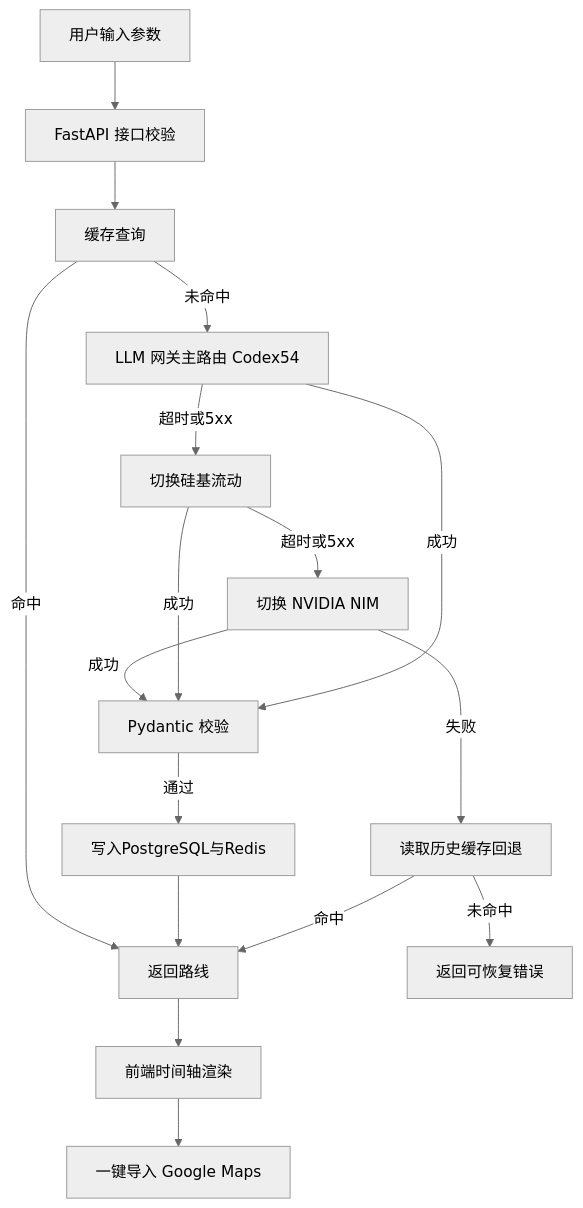
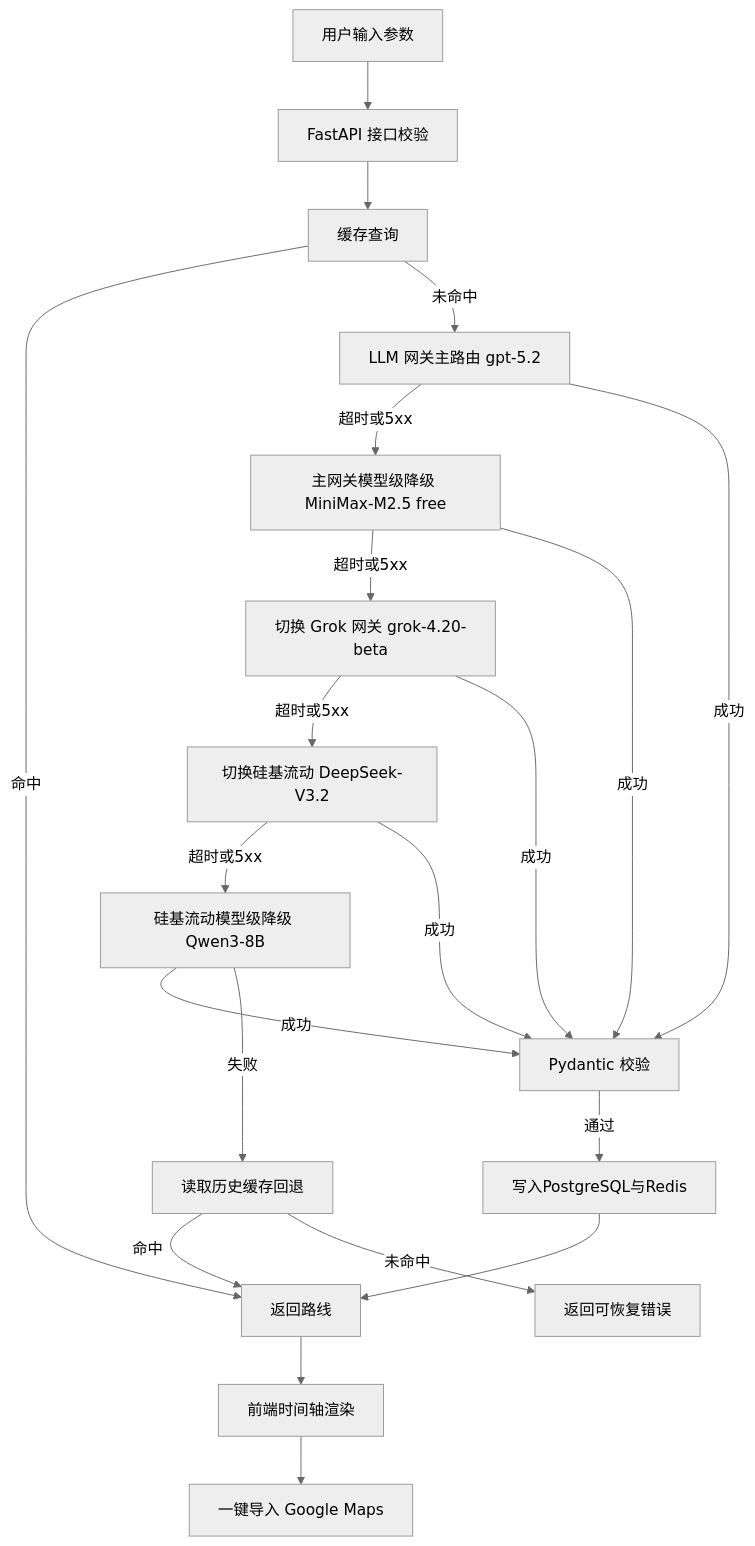
Before and after one commit to codingstu/hacktravel: the diagram in plans/implementation-blueprint.md, drawn with Mermaid (neutral theme). The commit also changed other lines of this file and 9 other files, not shown here.

````diff
--- a/plans/implementation-blueprint.md
+++ b/plans/implementation-blueprint.md
@@ -357,19 +359,23 @@
 ```mermaid
 flowchart TD
 A[用户输入参数] --> B[FastAPI 接口校验]
 B --> C[缓存查询]
 C -->|命中| D[返回路线]
-C -->|未命中| E[LLM 网关主路由 Codex54]
-E -->|超时或5xx| F[切换硅基流动]
-F -->|超时或5xx| G[切换 NVIDIA NIM]
-G -->|成功| H[Pydantic 校验]
+C -->|未命中| E[LLM 网关主路由 gpt-5.2]
+E -->|超时或5xx| F[主网关模型级降级 MiniMax-M2.5 free]
+F -->|超时或5xx| G[切换 Grok 网关 grok-4.20-beta]
+G -->|超时或5xx| N[切换硅基流动 DeepSeek-V3.2]
+N -->|超时或5xx| O[硅基流动模型级降级 Qwen3-8B]
+O -->|成功| H[Pydantic 校验]
+N -->|成功| H
+G -->|成功| H
 F -->|成功| H
 E -->|成功| H
 H -->|通过| I[写入PostgreSQL与Redis]
 I --> D
-G -->|失败| J[读取历史缓存回退]
+O -->|失败| J[读取历史缓存回退]
 J -->|命中| D
 J -->|未命中| K[返回可恢复错误]
 D --> L[前端时间轴渲染]
 L --> M[一键导入 Google Maps]
 ```
````
